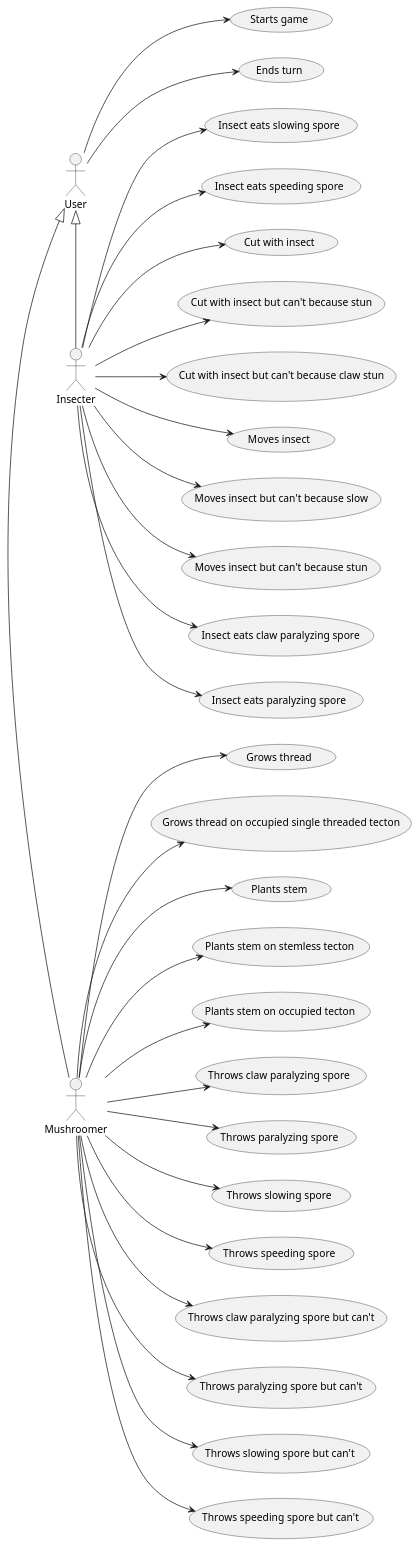
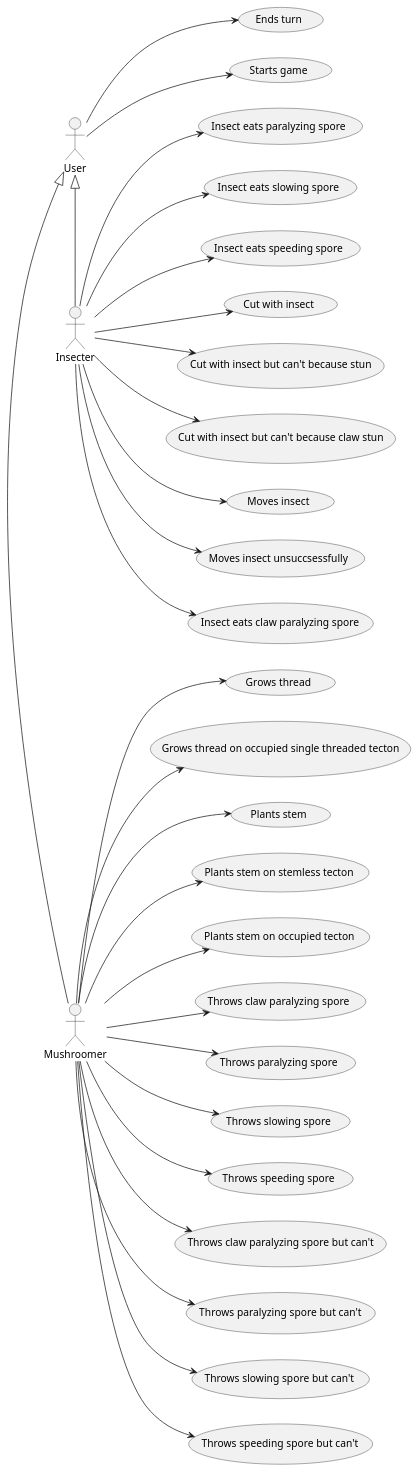
The diagram in 5/usecase/uc.puml (Petya-G/fungorium), drawn with PlantUML before and after one commit.

Commit message:
move insect unsuccsessfully sequence

```diff
--- a/5/usecase/uc.puml
+++ b/5/usecase/uc.puml
@@ -1,40 +1,39 @@
 @startuml player
 
 Mushroomer -left-|> User
 Insecter -left-|> User
 
 left to right direction
 User --> (Ends turn)
 User --> (Starts game)
 
 Mushroomer --> (Plants stem)
 Mushroomer --> (Plants stem on stemless tecton)
 Mushroomer --> (Plants stem on occupied tecton)
 'Mushroomer --> (Levels up stem)
 Mushroomer --> (Throws claw paralyzing spore)
 Mushroomer --> (Throws paralyzing spore)
 Mushroomer --> (Throws slowing spore)
 Mushroomer --> (Throws speeding spore)
 
 Mushroomer --> (Throws claw paralyzing spore but can't)
 Mushroomer --> (Throws paralyzing spore but can't)
 Mushroomer --> (Throws slowing spore but can't)
 Mushroomer --> (Throws speeding spore but can't)
 
 Mushroomer --> (Grows thread)
 Mushroomer --> (Grows thread on occupied single threaded tecton)
 
 Insecter --> (Moves insect)
-Insecter --> (Moves insect but can't because slow)
-Insecter --> (Moves insect but can't because stun)
+Insecter --> (Moves insect unsuccsessfully)
 
 Insecter --> (Insect eats claw paralyzing spore)
 Insecter --> (Insect eats paralyzing spore)
 Insecter --> (Insect eats slowing spore)
 Insecter --> (Insect eats speeding spore)
 
 Insecter --> (Cut with insect)
 Insecter --> (Cut with insect but can't because stun)
 Insecter --> (Cut with insect but can't because claw stun)
 
 @enduml
```
